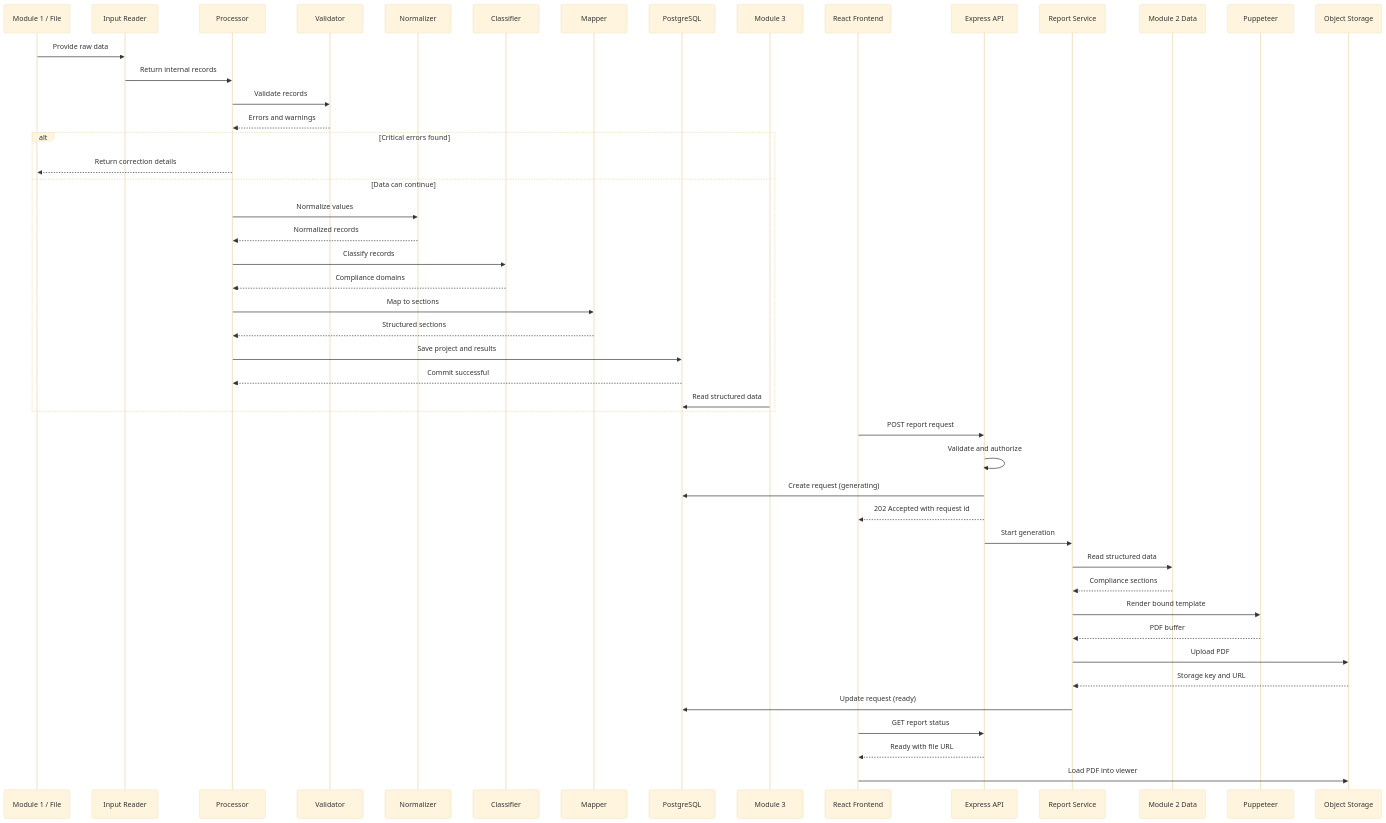
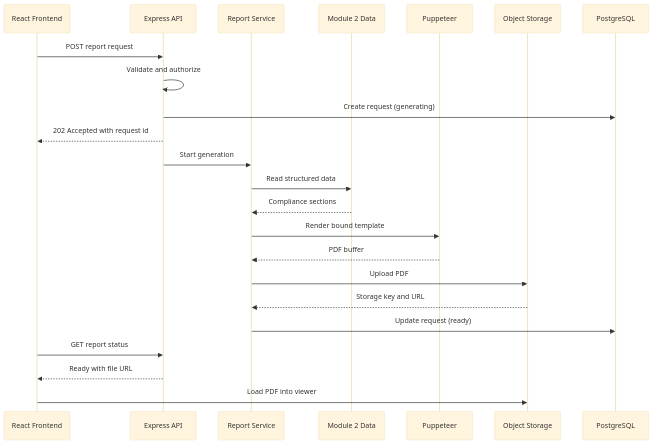
Before and after one commit to Aseries-Group/MACE: diagram 21 of 21 in README.md, drawn with Mermaid (base theme). The commit also changed other lines of this file, not shown here.

````diff
--- a/README.md
+++ b/README.md
@@ -2416,56 +3073,26 @@
 ```mermaid
 sequenceDiagram
-
-    participant M1 as Module 1 / File
-    participant R as Input Reader
-    participant P as Processor
-    participant V as Validator
-    participant N as Normalizer
-    participant C as Classifier
-    participant M as Mapper
-    participant DB as PostgreSQL
-    participant M3 as Module 3
-
-    M1->>R: Provide raw data
-    R->>P: Return internal records
-    P->>V: Validate records
-    V-->>P: Errors and warnings
-    alt Critical errors found
-        P-->>M1: Return correction details
-    else Data can continue
-        P->>N: Normalize values
-        N-->>P: Normalized records
-        P->>C: Classify records
-        C-->>P: Compliance domains
-        P->>M: Map to sections
-        M-->>P: Structured sections
-        P->>DB: Save project and results
-        DB-->>P: Commit successful
-        M3->>DB: Read structured data
-    end
-
     participant FE as React Frontend
     participant API as Express API
     participant SVC as Report Service
     participant M2 as Module 2 Data
     participant PDF as Puppeteer
     participant ST as Object Storage
     participant DB as PostgreSQL
 
     FE->>API: POST report request
     API->>API: Validate and authorize
     API->>DB: Create request (generating)
     API-->>FE: 202 Accepted with request id
     API->>SVC: Start generation
     SVC->>M2: Read structured data
     M2-->>SVC: Compliance sections
     SVC->>PDF: Render bound template
     PDF-->>SVC: PDF buffer
     SVC->>ST: Upload PDF
     ST-->>SVC: Storage key and URL
     SVC->>DB: Update request (ready)
     FE->>API: GET report status
     API-->>FE: Ready with file URL
     FE->>ST: Load PDF into viewer
-
 ```
````
